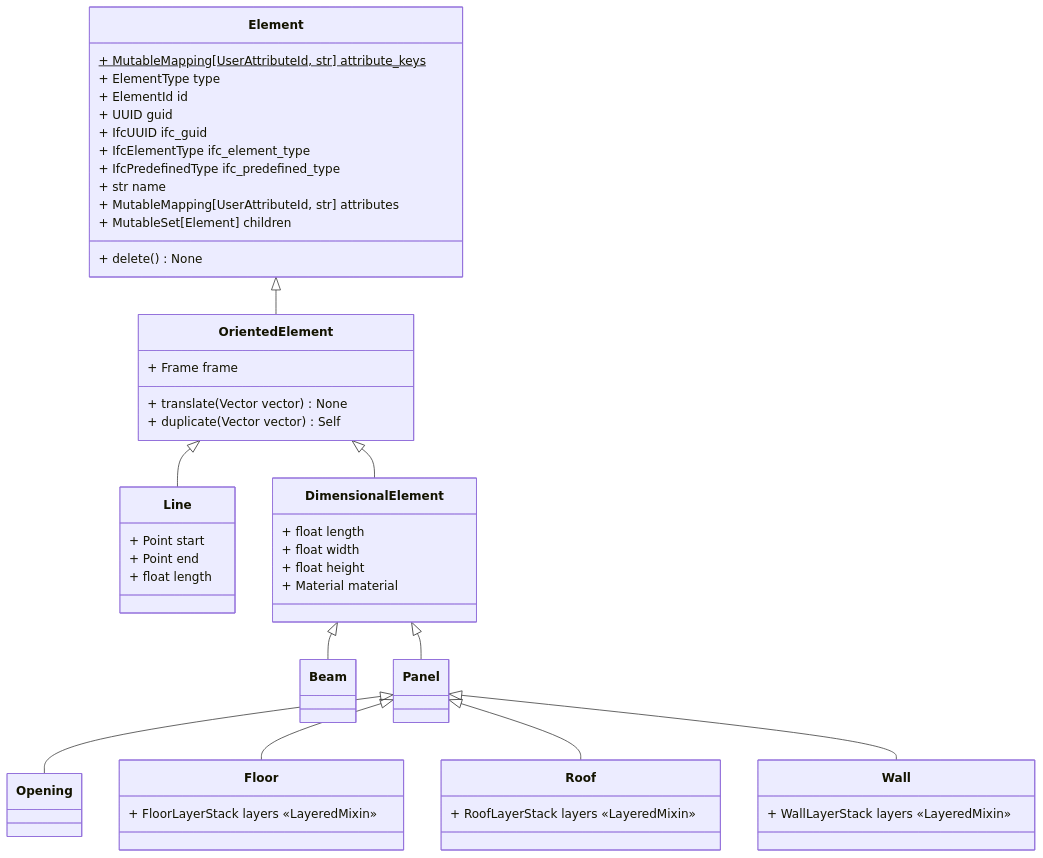
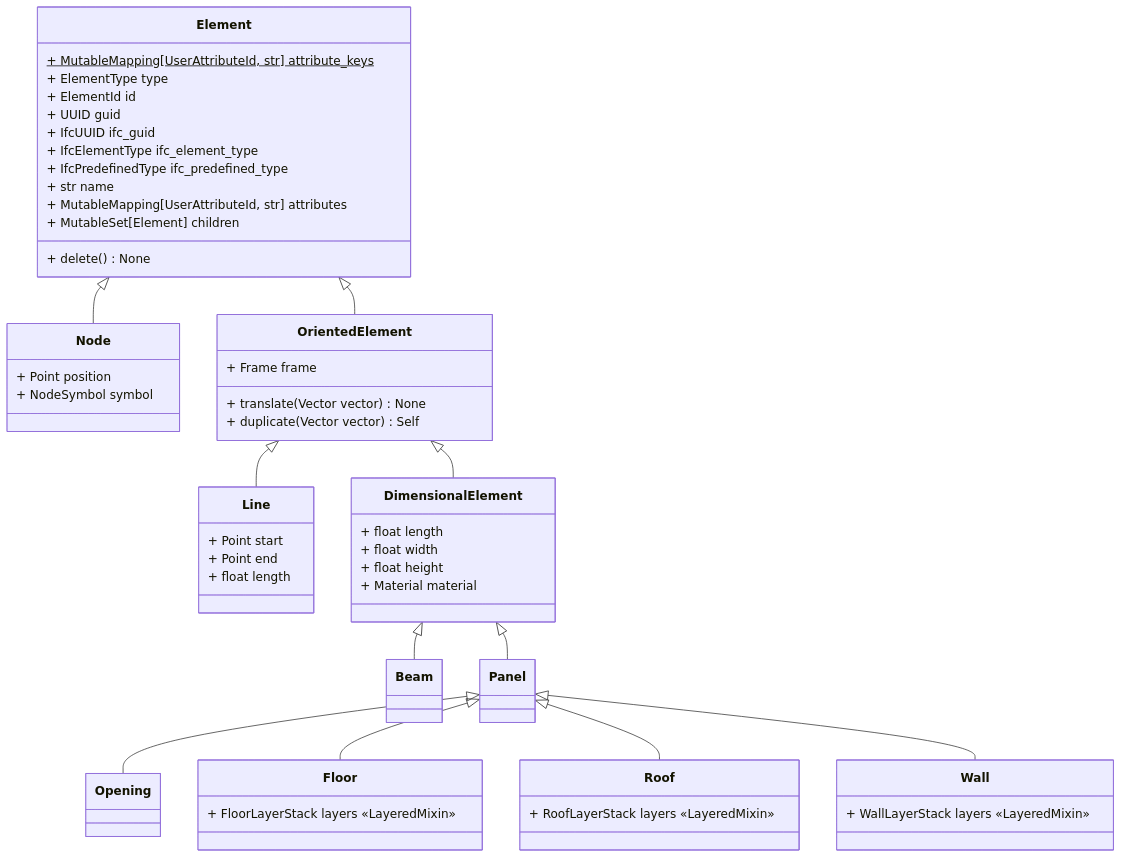
Before and after one commit to gramaziokohler/compas_cadwork: the diagram in docs/user-guide/elements-hierarchy.md, drawn with Mermaid. The commit also changed 7 other files, not shown here.

Commit message:
Add node element

````diff
--- a/docs/user-guide/elements-hierarchy.md
+++ b/docs/user-guide/elements-hierarchy.md
@@ -11,59 +11,65 @@
 ```mermaid
 classDiagram
     class Element {
         + MutableMapping[UserAttributeId, str] attribute_keys$
         + ElementType type
         + ElementId id
         + UUID guid
         + IfcUUID ifc_guid
         + IfcElementType ifc_element_type
         + IfcPredefinedType ifc_predefined_type
         + str name
         + MutableMapping[UserAttributeId, str] attributes
         + MutableSet[Element] children
         + delete() None
+    }
+
+    Element <|-- Node
+    class Node {
+        + Point position
+        + NodeSymbol symbol
     }
 
     Element <|-- OrientedElement
     class OrientedElement {
         + Frame frame
         + translate(Vector vector) None
         + duplicate(Vector vector) Self
     }
 
     OrientedElement <|-- Line
     class Line {
         + Point start
         + Point end
         + float length
     }
 
     OrientedElement <|-- DimensionalElement
     class DimensionalElement {
         + float length
         + float width
         + float height
         + Material material
     }
 
     DimensionalElement <|-- Beam
 
     DimensionalElement <|-- Panel
 
     Panel <|-- Opening
 
     Panel <|-- Floor
     class Floor {
         + FloorLayerStack layers «LayeredMixin»
     }
 
     Panel <|-- Roof
     class Roof {
         + RoofLayerStack layers «LayeredMixin»
     }
 
     Panel <|-- Wall
     class Wall {
         + WallLayerStack layers «LayeredMixin»
     }
 ```
````
